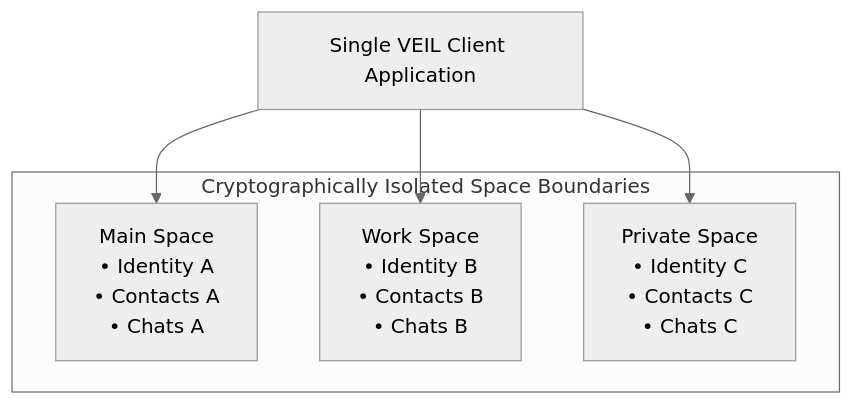
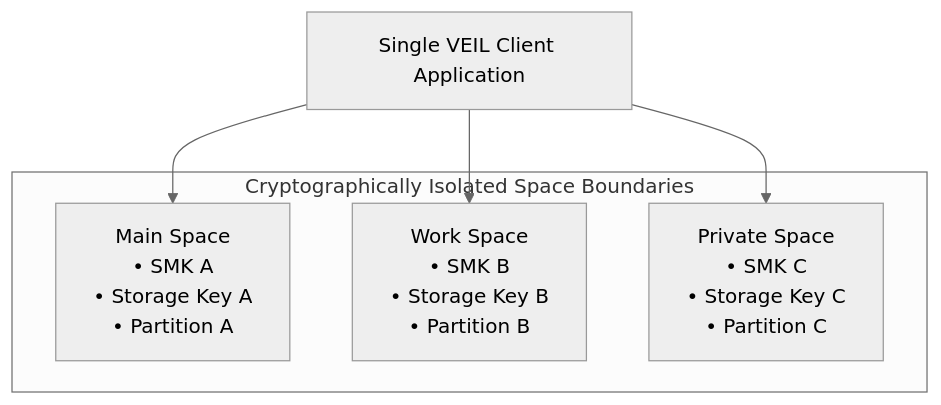
The diagram in docs/SPACE_MODEL.md (earnlets96-cmykear/veil), drawn with Mermaid (neutral theme) before and after one commit. The commit also changed other lines of this file and 12 other files, not shown here.

````diff
--- a/docs/SPACE_MODEL.md
+++ b/docs/SPACE_MODEL.md
@@ -17,14 +16,14 @@
 ```mermaid
 graph TD
     Device["Single VEIL Client Application"]
     
     subgraph SpacesContainer["Cryptographically Isolated Space Boundaries"]
-        Space1["Main Space<br/>• Identity A<br/>• Contacts A<br/>• Chats A"]
-        Space2["Work Space<br/>• Identity B<br/>• Contacts B<br/>• Chats B"]
-        Space3["Private Space<br/>• Identity C<br/>• Contacts C<br/>• Chats C"]
+        Space1["Main Space<br/>• SMK A<br/>• Storage Key A<br/>• Partition A"]
+        Space2["Work Space<br/>• SMK B<br/>• Storage Key B<br/>• Partition B"]
+        Space3["Private Space<br/>• SMK C<br/>• Storage Key C<br/>• Partition C"]
     end
     
     Device --> Space1
     Device --> Space2
     Device --> Space3
 ```
````
